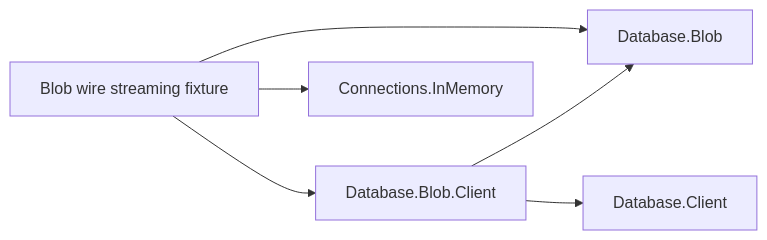
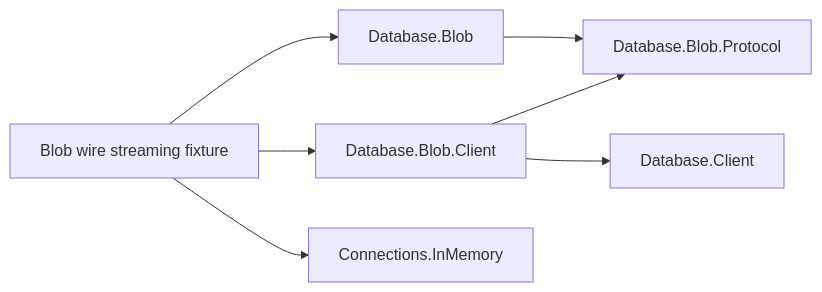
The diagram in resources/Database/Assimalign.Cohesion.Database.Blob.Client/fixtures/Assimalign.Cohesion.Database.Blob.Client.StreamingFixture/docs/DESIGN.md (assimalign/cohesion), drawn with Mermaid before and after one commit. The commit also changed other lines of this file and 15 other files, not shown here.

````diff
--- a/resources/Database/Assimalign.Cohesion.Database.Blob.Client/fixtures/Assimalign.Cohesion.Database.Blob.Client.StreamingFixture/docs/DESIGN.md
+++ b/resources/Database/Assimalign.Cohesion.Database.Blob.Client/fixtures/Assimalign.Cohesion.Database.Blob.Client.StreamingFixture/docs/DESIGN.md
@@ -12,8 +13,9 @@
 ```mermaid
 flowchart LR
     Fixture["Blob wire streaming fixture"] --> Client["Database.Blob.Client"]
     Fixture --> Blob["Database.Blob"]
     Fixture --> Transport["Connections.InMemory"]
-    Client --> Blob
+    Client --> Wire["Database.Blob.Protocol"]
+    Blob --> Wire
     Client --> Shared["Database.Client"]
 ```
````
